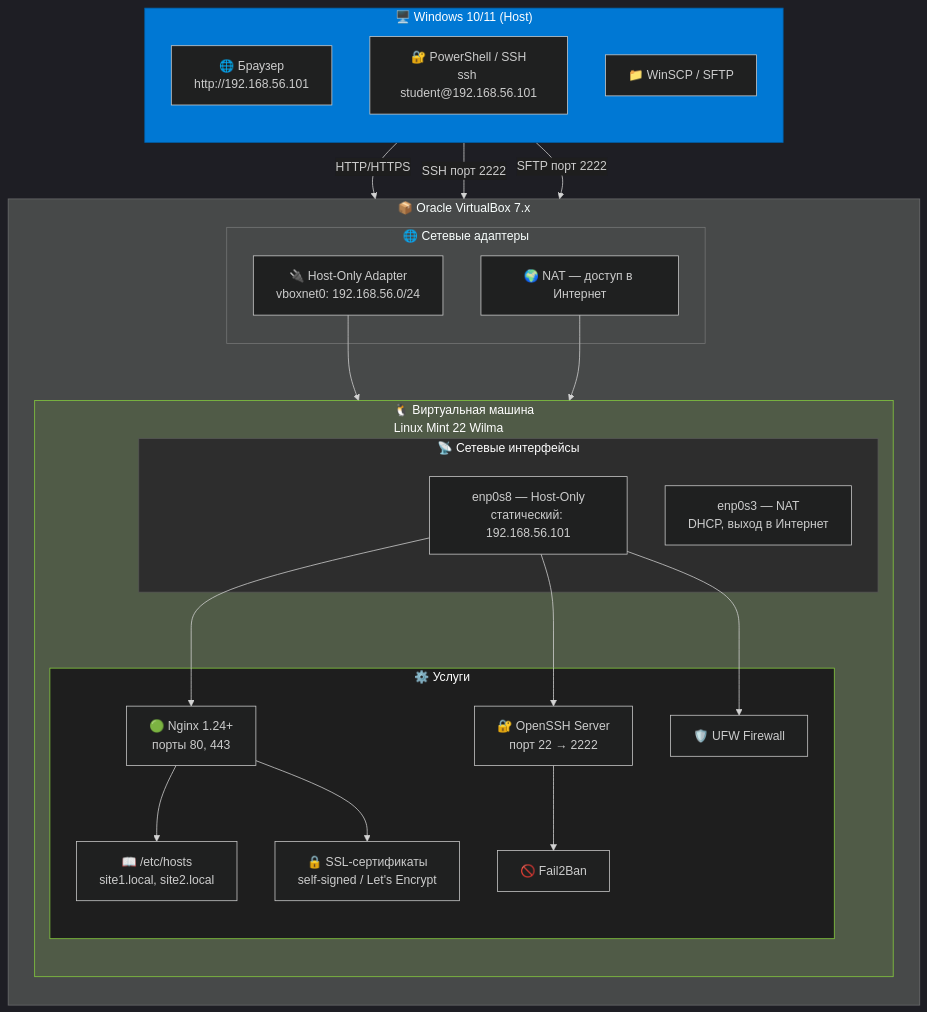
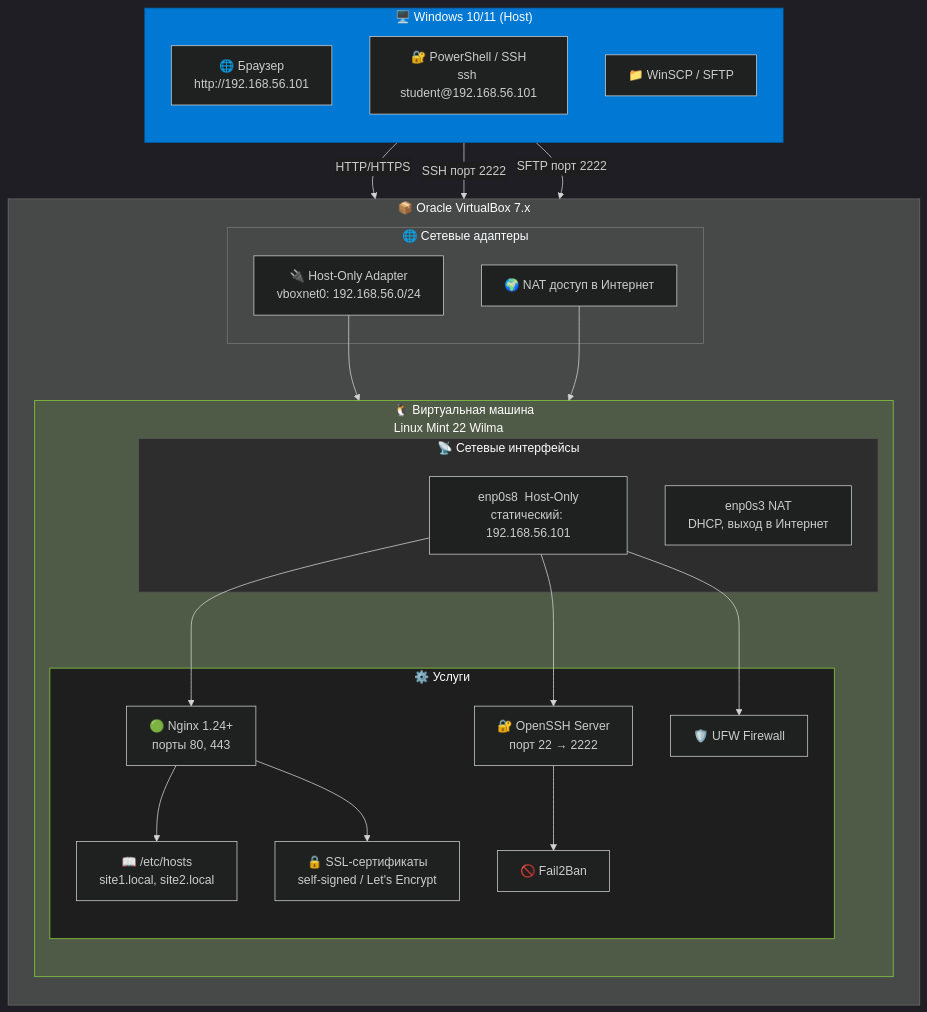
Before and after one commit to Mohanad0101/LAB16_VHosts: the first of 12 diagrams in README.md, drawn with Mermaid. The commit also changed other lines of this file, not shown here.

````diff
--- a/README.md
+++ b/README.md
@@ -52,52 +65,52 @@
 ```mermaid
 %%{init: {'theme': 'dark', 'themeVariables': { 'primaryColor': '#87CF3E', 'edgeLabelBackground':'#1e1e1e', 'tertiaryColor': '#2d2d2d'}}}%%
 graph TB
     subgraph Windows_Host["🖥️ Windows 10/11 (Host)"]
         direction TB
         Browser["🌐 Браузер<br/>http://192.168.56.101"]
         PowerShell["🔐 PowerShell / SSH<br/>ssh student@192.168.56.101"]
         WinSCP["📁 WinSCP / SFTP"]
     end
 
     subgraph VBox["📦 Oracle VirtualBox 7.x"]
         direction TB
         subgraph NetConfig["🌐 Сетевые адаптеры"]
-            NAT["🌍 NAT — доступ в Интернет"]
+            NAT["🌍 NAT  доступ в Интернет"]
             HostOnly["🔌 Host-Only Adapter<br/>vboxnet0: 192.168.56.0/24"]
         end
 
         subgraph VM["🐧 Виртуальная машина<br/>Linux Mint 22 Wilma"]
             direction TB
             subgraph Net["📡 Сетевые интерфейсы"]
-                eth0["enp0s3 — NAT<br/>DHCP, выход в Интернет"]
-                eth1["enp0s8 — Host-Only<br/>статический: 192.168.56.101"]
+                eth0["enp0s3  NAT<br/>DHCP, выход в Интернет"]
+                eth1["enp0s8  Host-Only<br/>статический: 192.168.56.101"]
             end
 
             subgraph Services["⚙️ Услуги"]
                 NginxService["🟢 Nginx 1.24+<br/>порты 80, 443"]
                 SSHService["🔐 OpenSSH Server<br/>порт 22 → 2222"]
                 DNSLocal["📖 /etc/hosts<br/>site1.local, site2.local"]
                 SSL["🔒 SSL-сертификаты<br/>self-signed / Let's Encrypt"]
                 UFW["🛡️ UFW Firewall"]
                 F2B["🚫 Fail2Ban"]
             end
         end
     end
 
     Browser -->|"HTTP/HTTPS"| HostOnly
     PowerShell -->|"SSH порт 2222"| HostOnly
     WinSCP -->|"SFTP порт 2222"| HostOnly
     HostOnly --> eth1
     NAT --> eth0
     eth1 --> NginxService
     eth1 --> SSHService
     NginxService --> DNSLocal
     NginxService --> SSL
     eth1 --> UFW
     SSHService --> F2B
 
     style Windows_Host fill:#0078D4,stroke:#005A9E,color:#fff
     style VM fill:#87CF3E22,stroke:#87CF3E,color:#fff
     style Services fill:#1e1e1e,stroke:#87CF3E,color:#fff
     style Net fill:#2d2d2d,stroke:#555,color:#fff
 ```
````
